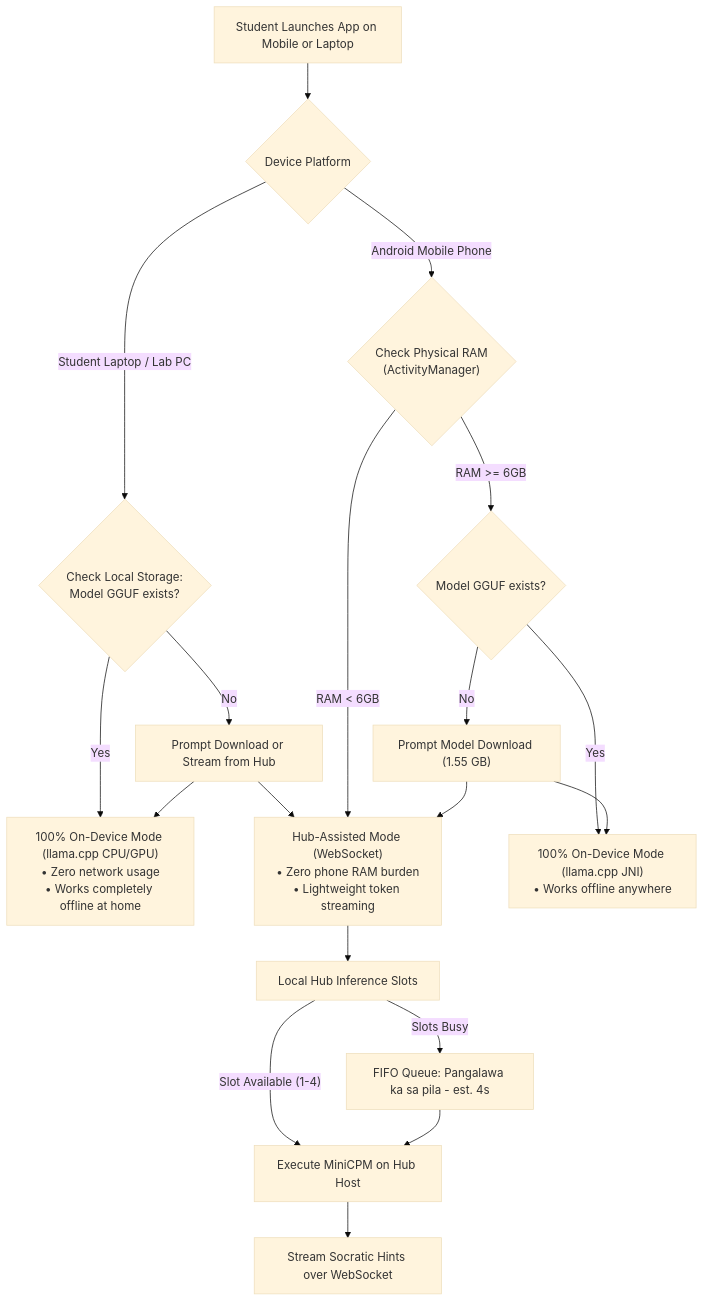
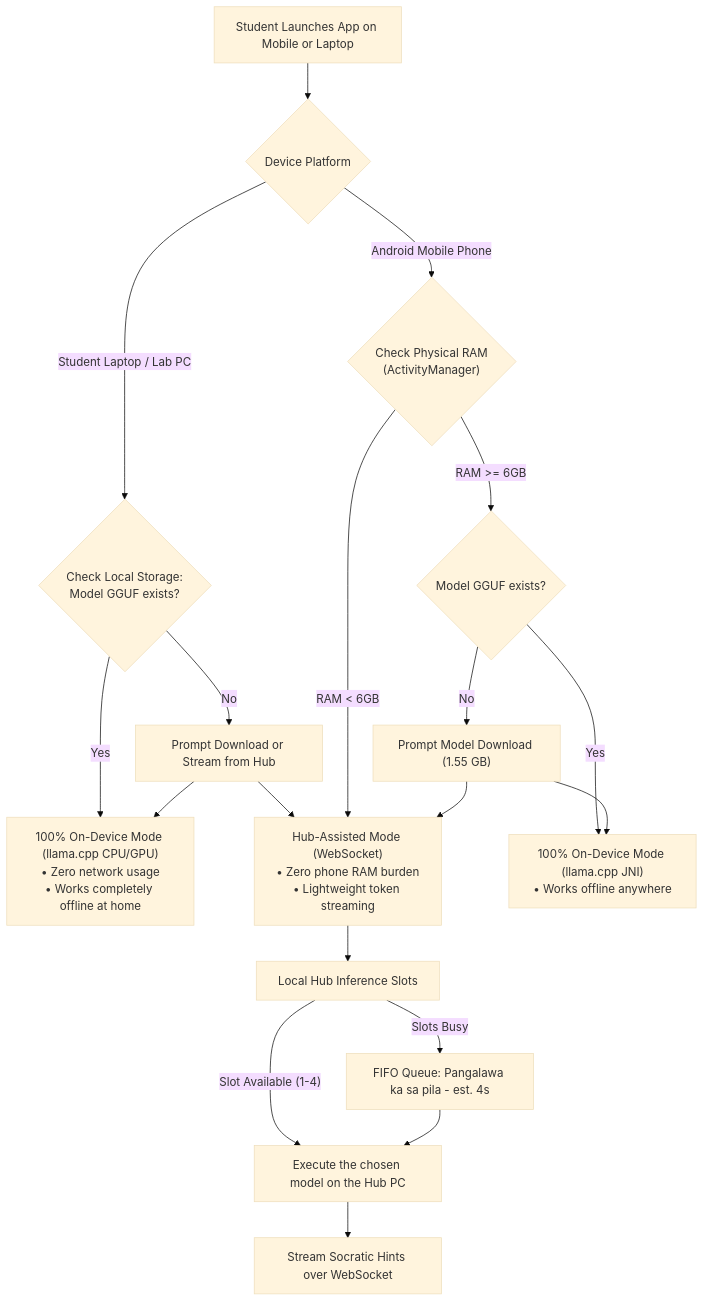
Before and after one commit to BootlegYouki/L.A.R.A: the third of 5 diagrams in docs/PRD.md, drawn with Mermaid (base theme). The commit also changed other lines of this file and 17 other files, not shown here.

````diff
--- a/docs/PRD.md
+++ b/docs/PRD.md
@@ -215,24 +220,24 @@
 ```mermaid
 flowchart TD
  Start["Student Launches App on Mobile or Laptop"] --> DeviceType{"Device Platform"}
  
  DeviceType -->|"Student Laptop / Lab PC"| DeskCheck{"Check Local Storage:<br/>Model GGUF exists?"}
  DeskCheck -->|Yes| DeskLocal["100% On-Device Mode (llama.cpp CPU/GPU)<br/>• Zero network usage<br/>• Works completely offline at home"]
  DeskCheck -->|No| DeskPrompt["Prompt Download or Stream from Hub"]
  DeskPrompt --> DeskLocal
  DeskPrompt --> HubMode
 
  DeviceType -->|"Android Mobile Phone"| HardwareCheck{"Check Physical RAM<br/>(ActivityManager)"}
  HardwareCheck -->|"RAM < 6GB"| HubMode["Hub-Assisted Mode (WebSocket)<br/>• Zero phone RAM burden<br/>• Lightweight token streaming"]
  HardwareCheck -->|"RAM >= 6GB"| MobCheck{"Model GGUF exists?"}
  MobCheck -->|Yes| MobLocal["100% On-Device Mode (llama.cpp JNI)<br/>• Works offline anywhere"]
  MobCheck -->|No| MobPrompt["Prompt Model Download (1.55 GB)"]
  MobPrompt --> MobLocal
  MobPrompt --> HubMode
 
  HubMode --> HubQueue["Local Hub Inference Slots"]
- HubQueue -->|"Slot Available (1-4)"| Infer["Execute MiniCPM on Hub Host"]
+ HubQueue -->|"Slot Available (1-4)"| Infer["Execute the chosen model on the Hub PC"]
  HubQueue -->|"Slots Busy"| QueueWait["FIFO Queue: Pangalawa ka sa pila - est. 4s"]
  QueueWait --> Infer
  Infer --> StreamTokens["Stream Socratic Hints over WebSocket"]
 ```
````
